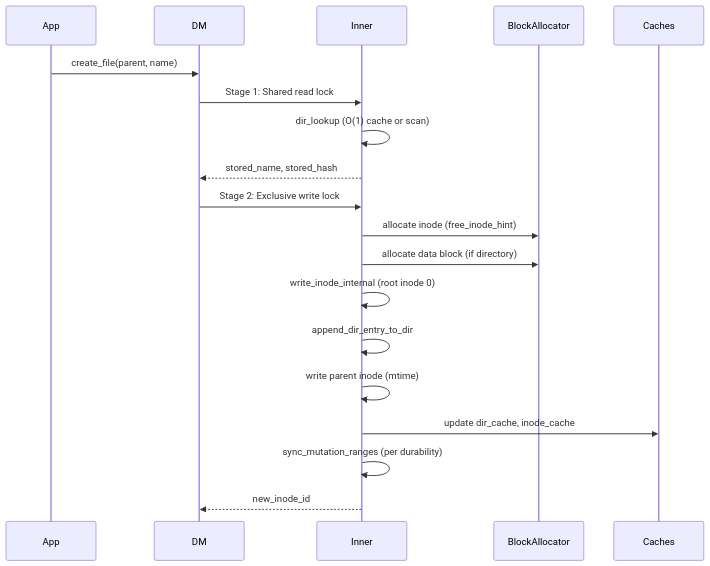
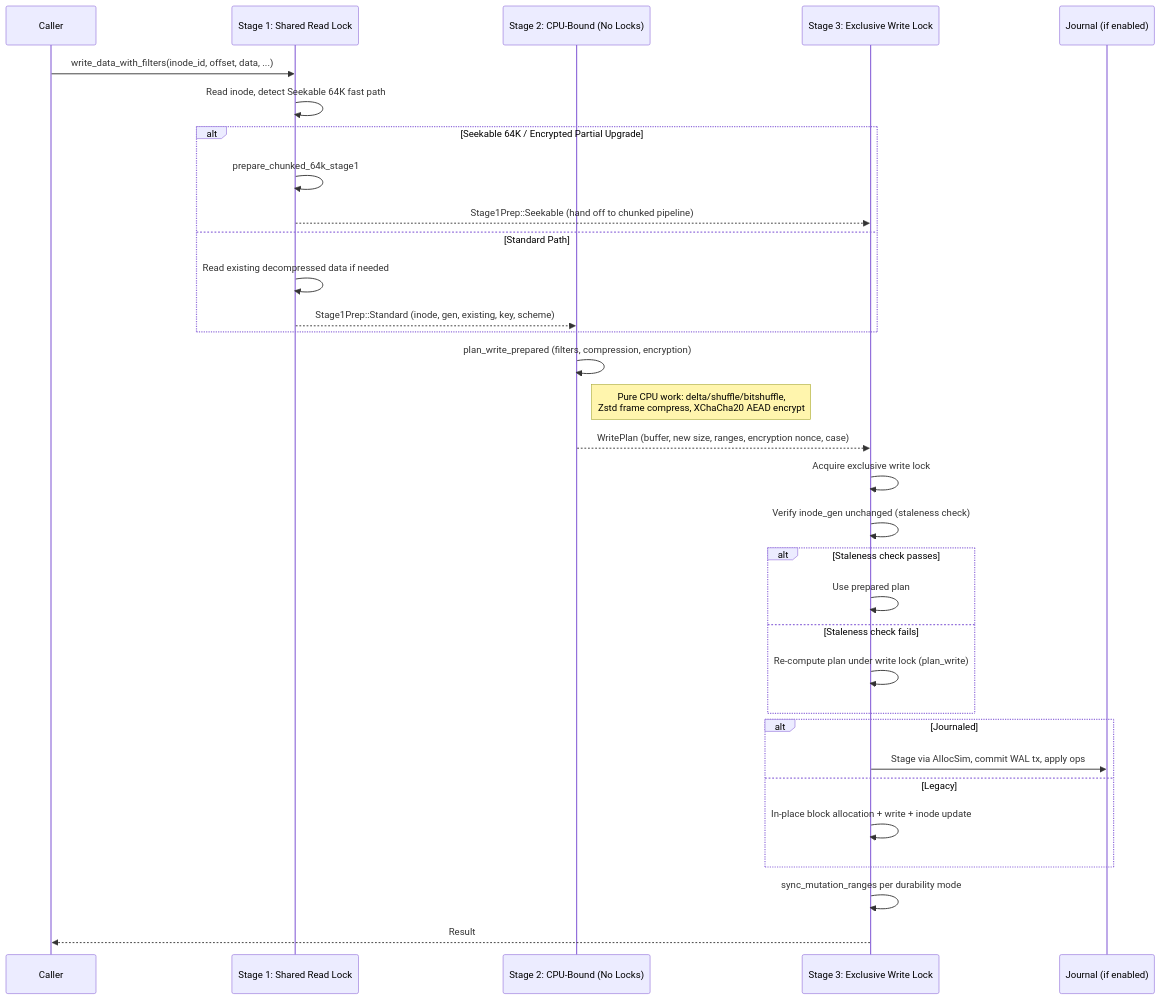
Before and after one commit to ych/oifs: the second of 2 diagrams in openwiki/architecture/disk_manager_and_persistence.md, drawn with Mermaid. The commit also changed other lines of this file and 55 other files, not shown here.

````diff
--- a/openwiki/architecture/disk_manager_and_persistence.md
+++ b/openwiki/architecture/disk_manager_and_persistence.md
@@ -408,22 +245,39 @@
 ```mermaid
 sequenceDiagram
-    participant App
-    participant DM
-    participant Inner
-    participant Alloc as BlockAllocator
-    participant Cache as Caches
+    participant Caller
+    participant Stage1 as Stage 1: Shared Read Lock
+    participant Stage2 as Stage 2: CPU-Bound (No Locks)
+    participant Stage3 as Stage 3: Exclusive Write Lock
+    participant Journal as Journal (if enabled)
 
-    App->>DM: create_file(parent, name)
-    DM->>Inner: Stage 1: Shared read lock
-    Inner->>Inner: dir_lookup (O(1) cache or scan)
-    Inner-->>DM: stored_name, stored_hash
-    DM->>Inner: Stage 2: Exclusive write lock
-    Inner->>Alloc: allocate inode (free_inode_hint)
-    Inner->>Alloc: allocate data block (if directory)
-    Inner->>Inner: write_inode_internal (root inode 0)
-    Inner->>Inner: append_dir_entry_to_dir
-    Inner->>Inner: write parent inode (mtime)
-    Inner->>Cache: update dir_cache, inode_cache
-    Inner->>Inner: sync_mutation_ranges (per durability)
-    Inner-->>DM: new_inode_id
+    Caller->>Stage1: write_data_with_filters(inode_id, offset, data, ...)
+    Stage1->>Stage1: Read inode, detect Seekable 64K fast path
+    alt Seekable 64K / Encrypted Partial Upgrade
+        Stage1->>Stage1: prepare_chunked_64k_stage1
+        Stage1-->>Stage3: Stage1Prep::Seekable (hand off to chunked pipeline)
+    else Standard Path
+        Stage1->>Stage1: Read existing decompressed data if needed
+        Stage1-->>Stage2: Stage1Prep::Standard (inode, gen, existing, key, scheme)
+    end
+
+    Stage2->>Stage2: plan_write_prepared (filters, compression, encryption)
+    Note right of Stage2: Pure CPU work: delta/shuffle/bitshuffle,<br/>Zstd frame compress, XChaCha20 AEAD encrypt
+    Stage2-->>Stage3: WritePlan (buffer, new size, ranges, encryption nonce, case)
+
+    Stage3->>Stage3: Acquire exclusive write lock
+    Stage3->>Stage3: Verify inode_gen unchanged (staleness check)
+    alt Staleness check passes
+        Stage3->>Stage3: Use prepared plan
+    else Staleness check fails
+        Stage3->>Stage3: Re-compute plan under write lock (plan_write)
+    end
+
+    alt Journaled
+        Stage3->>Journal: Stage via AllocSim, commit WAL tx, apply ops
+    else Legacy
+        Stage3->>Stage3: In-place block allocation + write + inode update
+    end
+
+    Stage3->>Stage3: sync_mutation_ranges per durability mode
+    Stage3-->>Caller: Result
 ```
````
